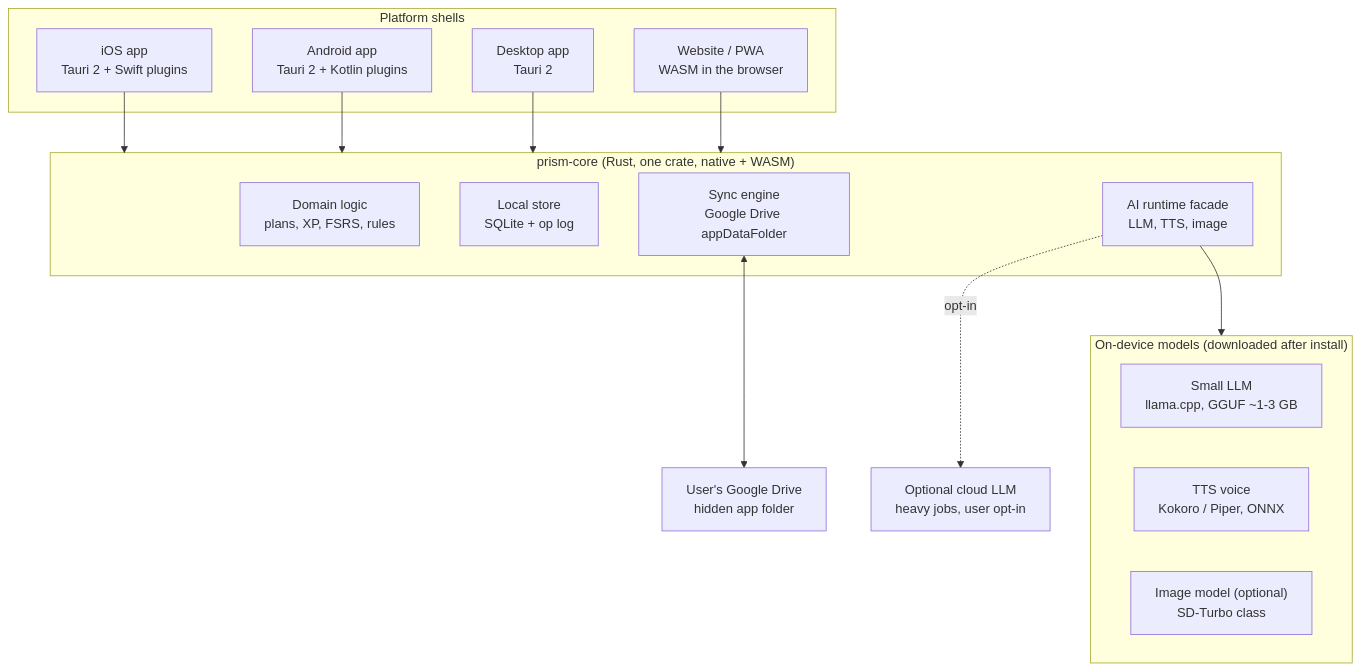
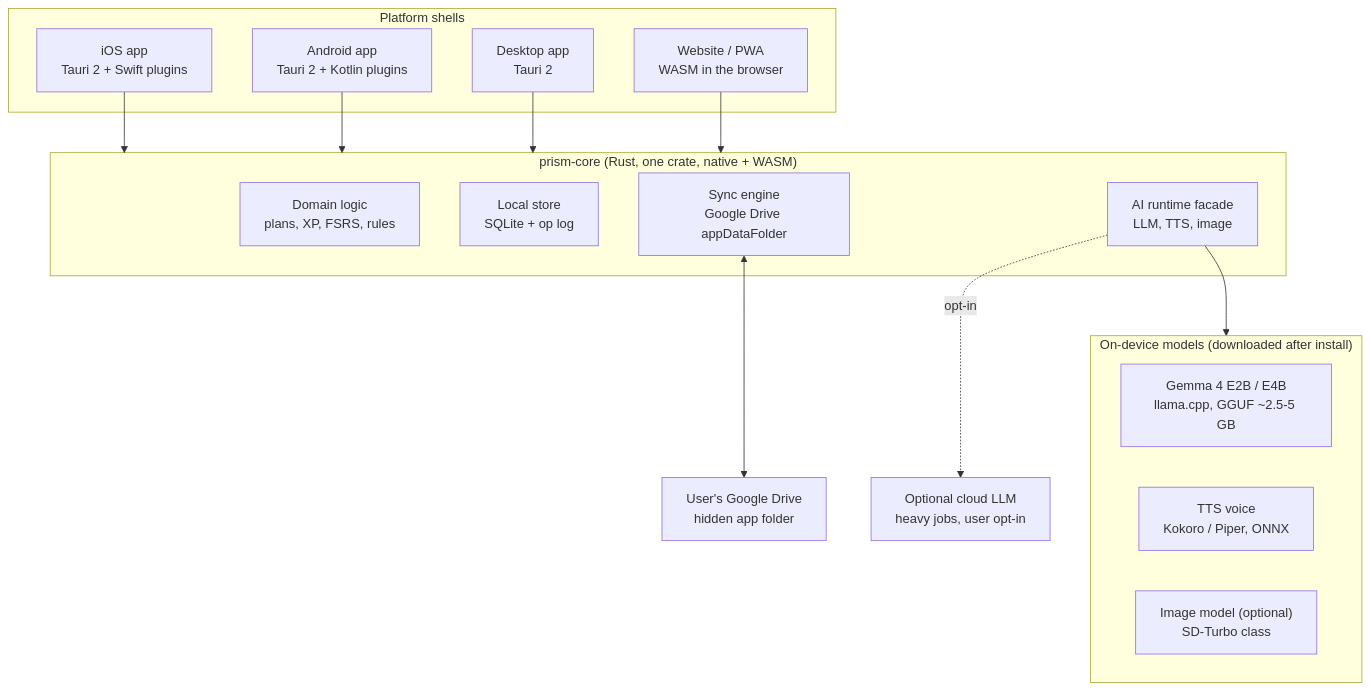
One commit to guypeled76/prism changed the diagram in docs/technology/README.md. Above: the diagram before and after it, drawn with Mermaid. The commit also changed other lines of this file and 2 other files, not shown here.

First line of the commit message:
Document Gemma 4 as local LLM choice

````diff
--- a/docs/technology/README.md
+++ b/docs/technology/README.md
@@ -20,29 +20,29 @@
 ```mermaid
 flowchart TB
     subgraph Shell["Platform shells"]
         IOS["iOS app<br/>Tauri 2 + Swift plugins"]
         AND["Android app<br/>Tauri 2 + Kotlin plugins"]
         DESK["Desktop app<br/>Tauri 2"]
         WEB["Website / PWA<br/>WASM in the browser"]
     end
     subgraph Core["prism-core (Rust, one crate, native + WASM)"]
         DOM["Domain logic<br/>plans, XP, FSRS, rules"]
         STORE["Local store<br/>SQLite + op log"]
         SYNC["Sync engine<br/>Google Drive appDataFolder"]
         AI["AI runtime facade<br/>LLM, TTS, image"]
     end
     subgraph Models["On-device models (downloaded after install)"]
-        LLM["Small LLM<br/>llama.cpp, GGUF ~1-3 GB"]
+        LLM["Gemma 4 E2B / E4B<br/>llama.cpp, GGUF ~2.5-5 GB"]
         TTS["TTS voice<br/>Kokoro / Piper, ONNX"]
         IMG["Image model (optional)<br/>SD-Turbo class"]
     end
     CLOUD["Optional cloud LLM<br/>heavy jobs, user opt-in"]
     GD["User's Google Drive<br/>hidden app folder"]
     IOS --> Core
     AND --> Core
     DESK --> Core
     WEB --> Core
     AI --> Models
     AI -. "opt-in" .-> CLOUD
     SYNC <--> GD
 ```
````
